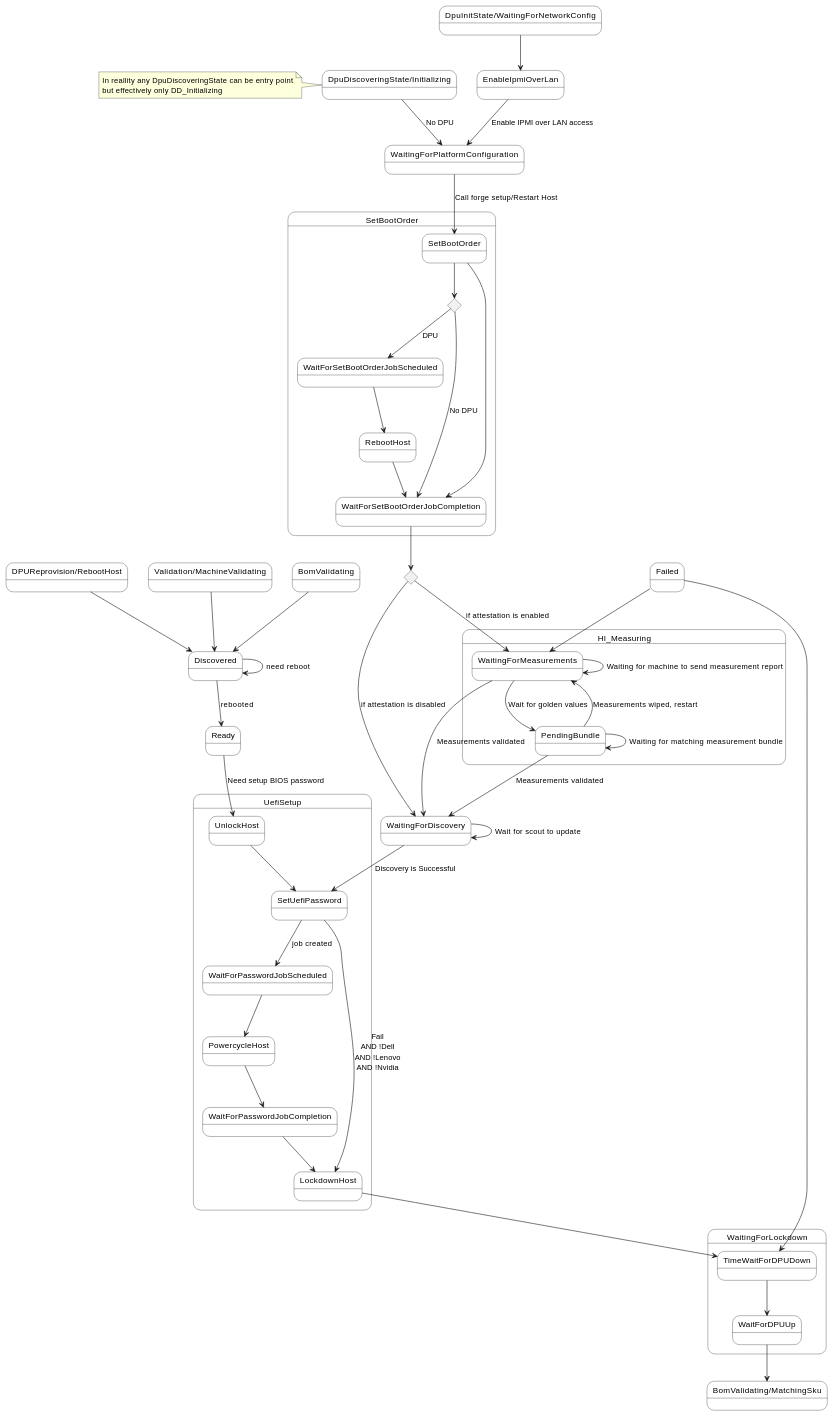
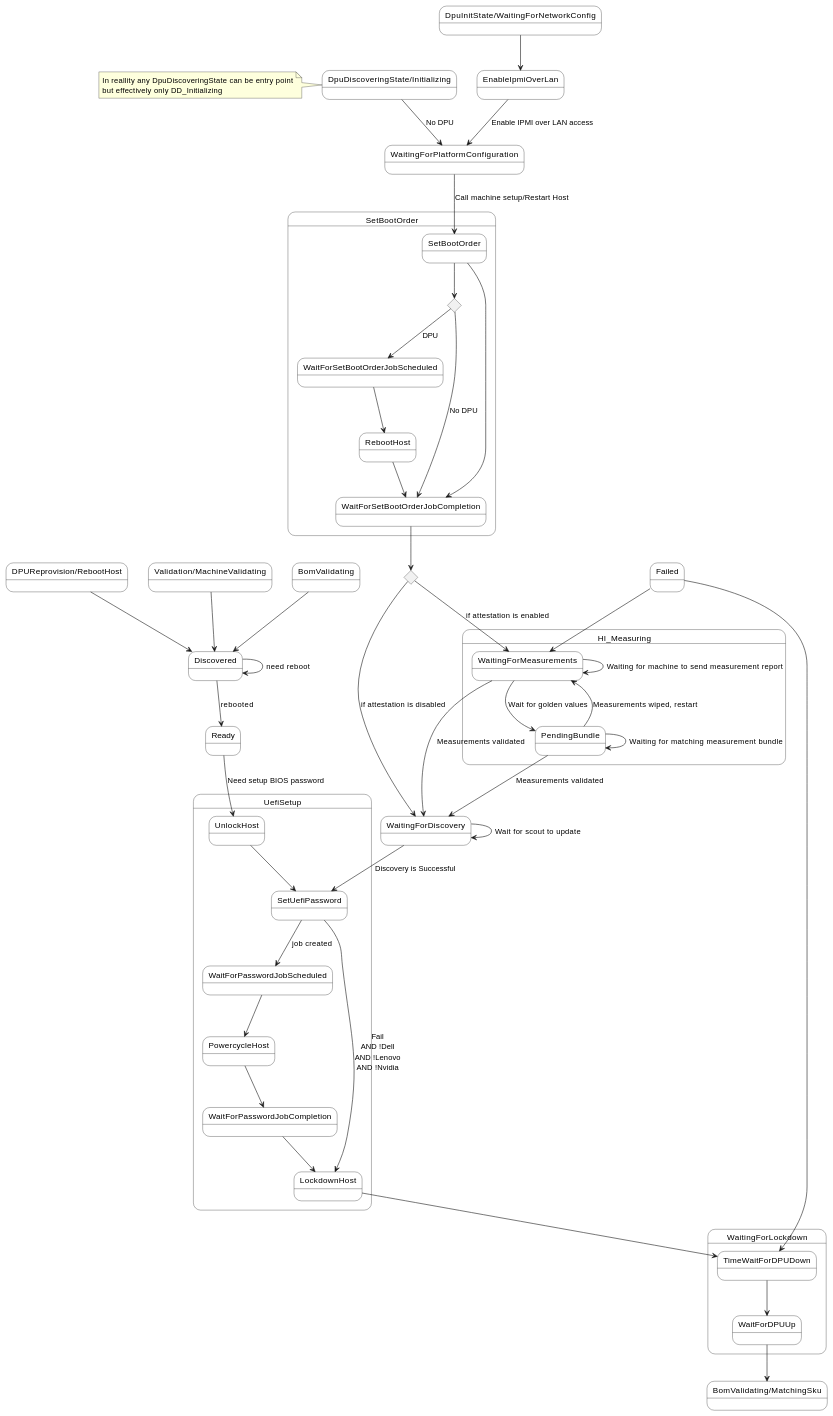
Before and after one commit to NVIDIA/bare-metal-manager-core: the fourth of 13 diagrams in book/src/architecture/state_machines/managedhost.md, drawn with PlantUML. The commit also changed other lines of this file and 84 other files, not shown here.

```diff
--- a/book/src/architecture/state_machines/managedhost.md
+++ b/book/src/architecture/state_machines/managedhost.md
@@ -319,7 +319,7 @@
 Failed --> HI_M_WaitingForMeasurements
 
 HI_EnableIpmiOverLan --> HI_WaitingForPlatformConfiguration : Enable IPMI over LAN access
-HI_WaitingForPlatformConfiguration --> HI_SBO_SetBootOrder : Call forge setup/Restart Host
+HI_WaitingForPlatformConfiguration --> HI_SBO_SetBootOrder : Call machine setup/Restart Host
 
 HI_SBO_SetBootOrder --> hi_sbo_if_zero_dpu
 hi_sbo_if_zero_dpu --> HI_SBO_WaitForSetBootOrderJobCompletion : No DPU
```
